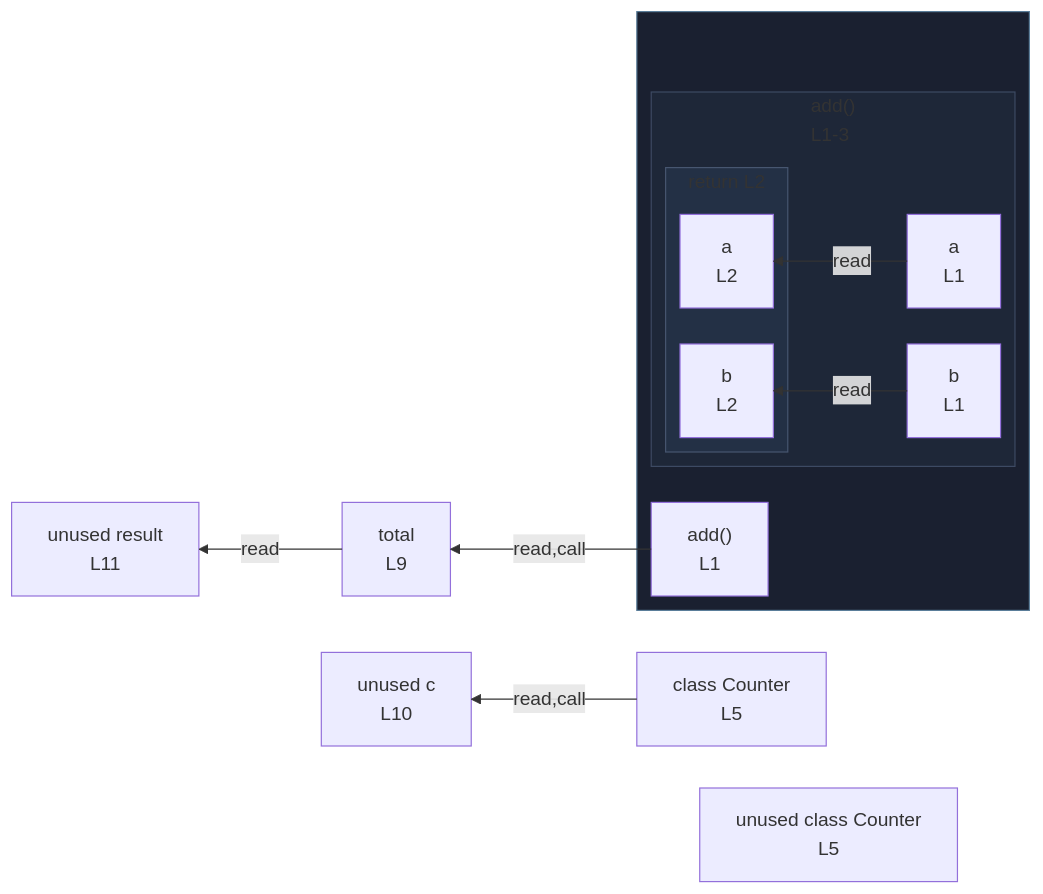
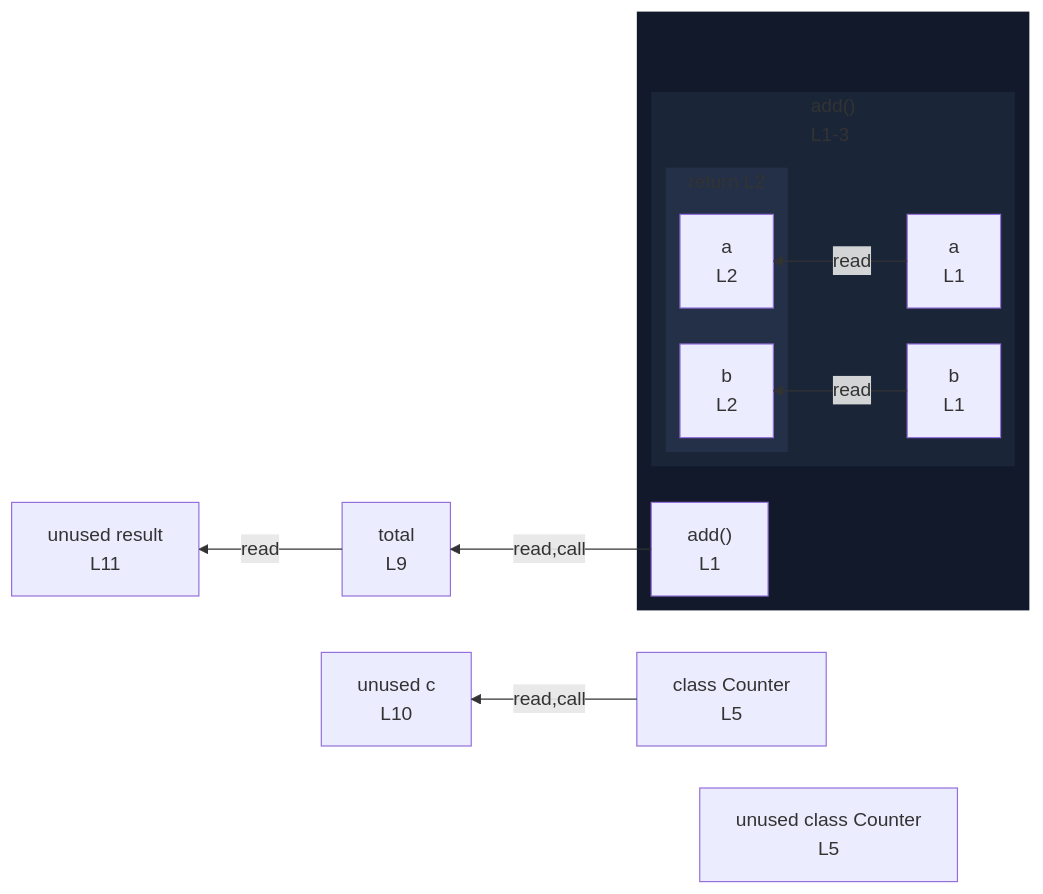
Before and after one commit to crescware/unsnarl: the diagram in integration/fixtures/class/declaration/with-function-sibling/preview.md, drawn with Mermaid. The commit also changed 263 other files, not shown here.

First line of the commit message:
Drop fnWrap class and color function wrappers via the nest palette

````diff
--- a/integration/fixtures/class/declaration/with-function-sibling/preview.md
+++ b/integration/fixtures/class/declaration/with-function-sibling/preview.md
@@ -21,34 +21,34 @@
 ```mermaid
 %%{init: {"flowchart": {"defaultRenderer": "elk"}}}%%
 flowchart RL
   n_scope_0_Counter_62["class Counter<br/>L5"]
   n_scope_0_total_94["total<br/>L9"]
   n_scope_0_c_119["unused c<br/>L10"]
   n_scope_0_result_144["unused result<br/>L11"]
   n_scope_2_Counter_62["unused class Counter<br/>L5"]
   subgraph wrap_s_scope_1[" "]
     direction TB
     n_scope_0_add_9["add()<br/>L1"]
     subgraph s_scope_1["add()<br/>L1-3"]
       direction RL
       n_scope_1_a_13["a<br/>L1"]
       n_scope_1_b_24["b<br/>L1"]
       subgraph s_return_scope_0_add_9_39_52["return L2"]
         direction RL
         ret_use_ref_0["a<br/>L2"]
         ret_use_ref_1["b<br/>L2"]
       end
     end
   end
   n_scope_1_a_13 -->|read| ret_use_ref_0
   n_scope_1_b_24 -->|read| ret_use_ref_1
   n_scope_0_add_9 -->|read,call| n_scope_0_total_94
   n_scope_0_Counter_62 -->|read,call| n_scope_0_c_119
   n_scope_0_total_94 -->|read| n_scope_0_result_144
-  classDef fnWrap fill:#1a2030,stroke:#5a7d99;
-  class wrap_s_scope_1 fnWrap;
-  classDef nestL1 fill:#1e2738,stroke:#3d4a63;
-  class s_scope_1 nestL1;
-  classDef nestL2 fill:#233045,stroke:#475670;
-  class s_return_scope_0_add_9_39_52 nestL2;
+  classDef nestL1 fill:#11192a,stroke:transparent;
+  class wrap_s_scope_1 nestL1;
+  classDef nestL2 fill:#1a2538,stroke:transparent;
+  class s_scope_1 nestL2;
+  classDef nestL3 fill:#243047,stroke:transparent;
+  class s_return_scope_0_add_9_39_52 nestL3;
 ```
````
